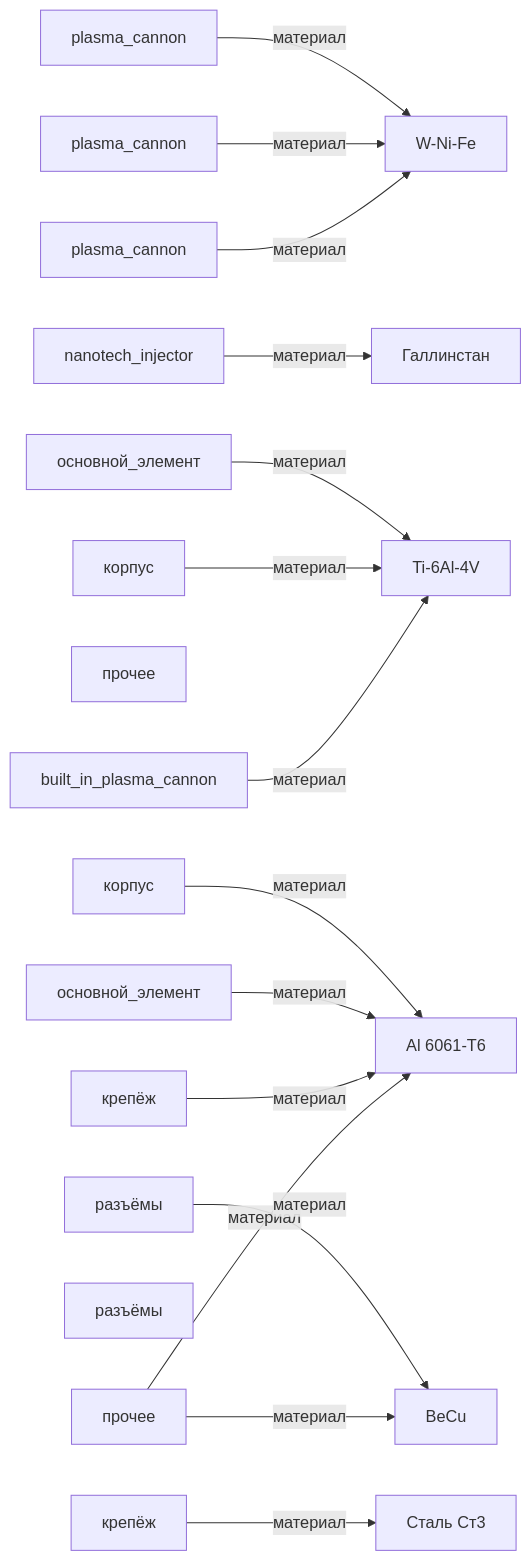
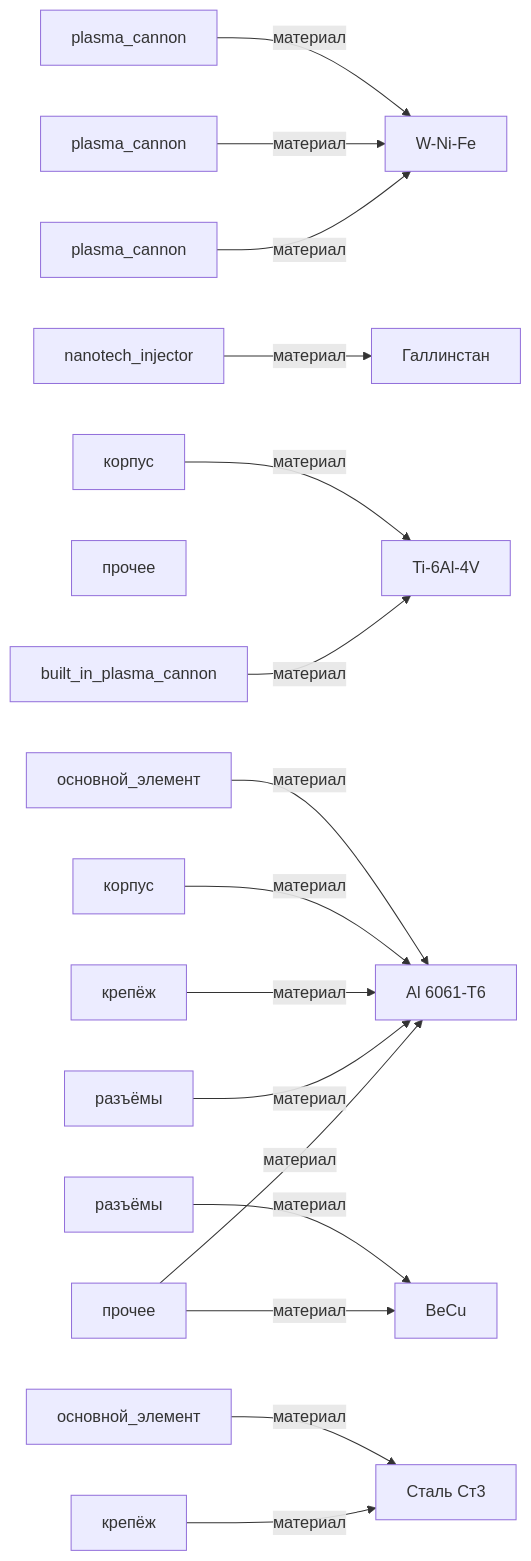
One commit to a-m-e-n-t-e-t/SkyNet changed the diagram in graphs/mermaid/graph1_встроенное_оружие.md. Above: the diagram before and after it, drawn with Mermaid. The commit also changed other lines of this file and 23 other files, not shown here.

````diff
--- a/graphs/mermaid/graph1_встроенное_оружие.md
+++ b/graphs/mermaid/graph1_встроенное_оружие.md
@@ -3,38 +3,39 @@
 ```mermaid
 graph LR
+    часть_hk_tank_плазма_пушка_1[plasma_cannon]
+    часть_hk_tank_плазма_пушка_2[plasma_cannon]
     часть_hk_aerial_плазма_пушка[plasma_cannon]
-    часть_hk_tank_плазма_пушка_2[plasma_cannon]
-    часть_hk_tank_плазма_пушка_1[plasma_cannon]
     часть_t_x_нанотех_инъектор[nanotech_injector]
     часть_t_x_плазма_пушка[built_in_plasma_cannon]
+    izdelie_minigun_m134[прочее]
     izdelie_granatomet_m320[прочее]
-    izdelie_minigun_m134[прочее]
-    часть_granatomet_m320_mounting[крепёж]
-    часть_granatomet_m320_core[основной_элемент]
-    часть_granatomet_m320_housing[корпус]
-    часть_granatomet_m320_connectors[разъёмы]
-    часть_minigun_m134_housing[корпус]
     часть_minigun_m134_connectors[разъёмы]
     часть_minigun_m134_mounting[крепёж]
+    часть_minigun_m134_housing[корпус]
     часть_minigun_m134_core[основной_элемент]
+    часть_granatomet_m320_connectors[разъёмы]
+    часть_granatomet_m320_mounting[крепёж]
+    часть_granatomet_m320_housing[корпус]
+    часть_granatomet_m320_core[основной_элемент]
     material_al_6061_t6[Al 6061-T6]
     material_becu[BeCu]
     material_gallinstan[Галлинстан]
     material_stal_st3[Сталь Ст3]
     material_ti_6al_4v[Ti-6Al-4V]
     material_w_ni_fe[W-Ni-Fe]
+    часть_hk_tank_плазма_пушка_1 -->|материал| material_w_ni_fe
+    часть_hk_tank_плазма_пушка_2 -->|материал| material_w_ni_fe
     часть_hk_aerial_плазма_пушка -->|материал| material_w_ni_fe
-    часть_hk_tank_плазма_пушка_2 -->|материал| material_w_ni_fe
-    часть_hk_tank_плазма_пушка_1 -->|материал| material_w_ni_fe
     часть_t_x_нанотех_инъектор -->|материал| material_gallinstan
     часть_t_x_плазма_пушка -->|материал| material_ti_6al_4v
     izdelie_granatomet_m320 -->|материал| material_al_6061_t6
     izdelie_granatomet_m320 -->|материал| material_becu
+    часть_minigun_m134_connectors -->|материал| material_al_6061_t6
+    часть_minigun_m134_mounting -->|материал| material_stal_st3
+    часть_minigun_m134_housing -->|материал| material_ti_6al_4v
+    часть_minigun_m134_core -->|материал| material_stal_st3
+    часть_granatomet_m320_connectors -->|материал| material_becu
     часть_granatomet_m320_mounting -->|материал| material_al_6061_t6
+    часть_granatomet_m320_housing -->|материал| material_al_6061_t6
     часть_granatomet_m320_core -->|материал| material_al_6061_t6
-    часть_granatomet_m320_housing -->|материал| material_al_6061_t6
-    часть_granatomet_m320_connectors -->|материал| material_becu
-    часть_minigun_m134_housing -->|материал| material_ti_6al_4v
-    часть_minigun_m134_mounting -->|материал| material_stal_st3
-    часть_minigun_m134_core -->|материал| material_ti_6al_4v
 ```
````
